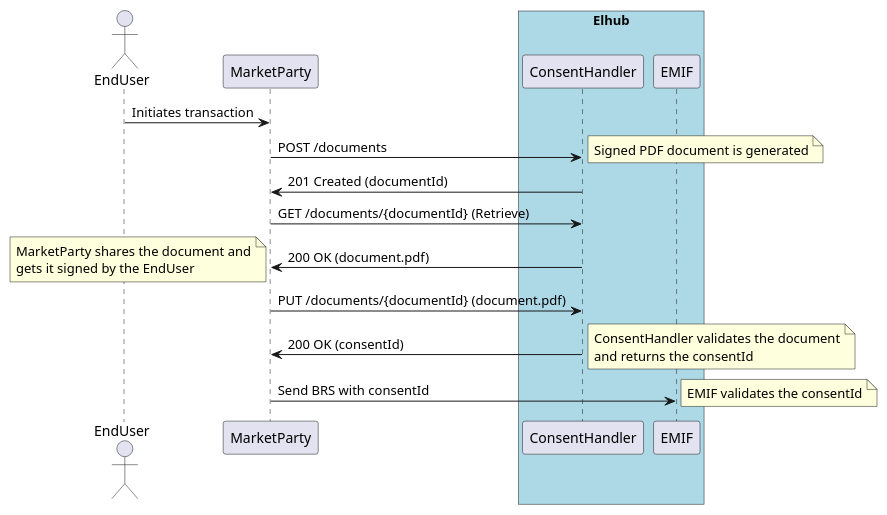
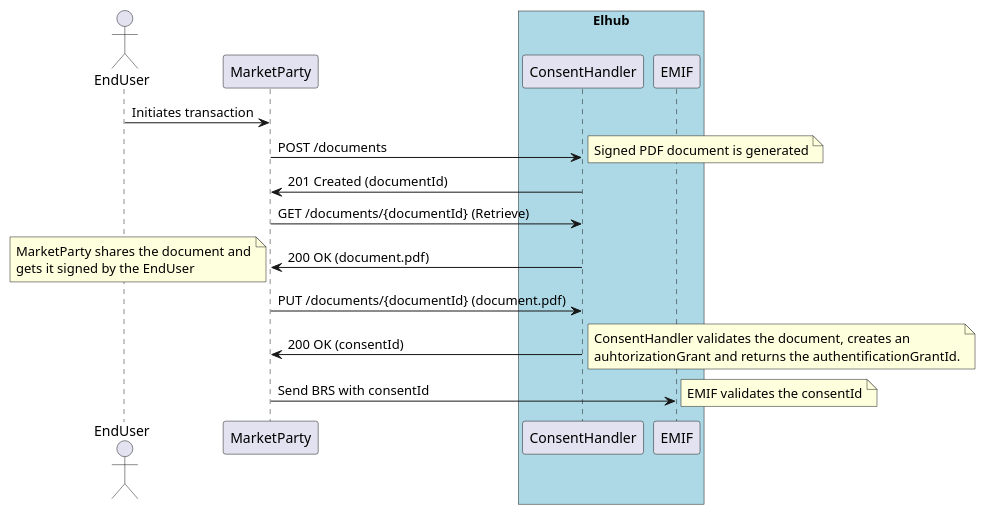
One commit to elhub/auth-grant-manager changed the diagram in docs/flow-diagrams/documents-flow.plantuml. Above: the diagram before and after it, drawn with PlantUML. The commit also changed 6 other files, not shown here.

```diff
--- a/docs/flow-diagrams/documents-flow.plantuml
+++ b/docs/flow-diagrams/documents-flow.plantuml
@@ -1,33 +1,33 @@
 @startuml documents-flow
 
 actor EndUser
 participant MarketParty
 box "Elhub" #LightBlue
 participant ConsentHandler
 participant EMIF
 end box
 
 EndUser -> MarketParty: Initiates transaction
 MarketParty -> ConsentHandler: POST /documents
 note right
 Signed PDF document is generated
 end note
 ConsentHandler -> MarketParty: 201 Created (documentId)
 MarketParty -> ConsentHandler: GET /documents/{documentId} (Retrieve)
 ConsentHandler -> MarketParty: 200 OK (document.pdf)
 note left
 MarketParty shares the document and
 gets it signed by the EndUser
 end note
 MarketParty -> ConsentHandler: PUT /documents/{documentId} (document.pdf)
 ConsentHandler -> MarketParty: 200 OK (consentId)
 note right
-ConsentHandler validates the document
-and returns the consentId
+ConsentHandler validates the document, creates an
+auhtorizationGrant and returns the authentificationGrantId.
 end note
 MarketParty -> EMIF: Send BRS with consentId
 note right
 EMIF validates the consentId
 end note
 
 @enduml
```
